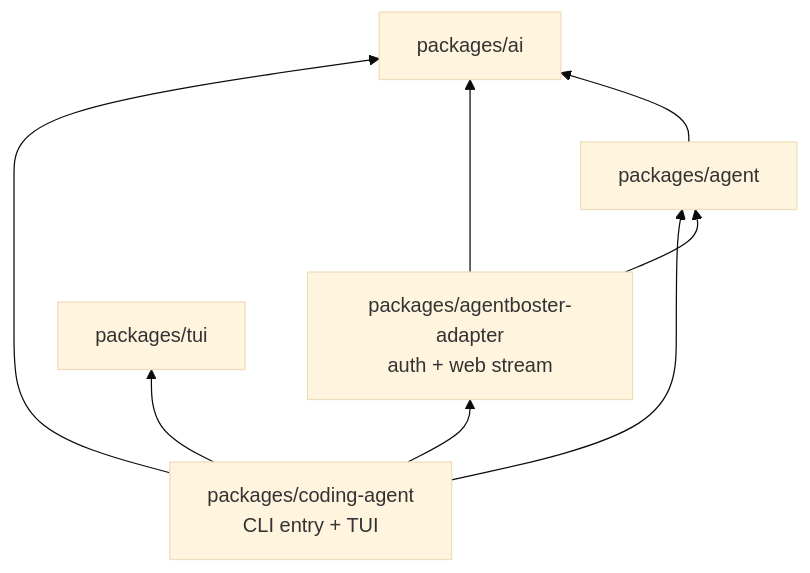
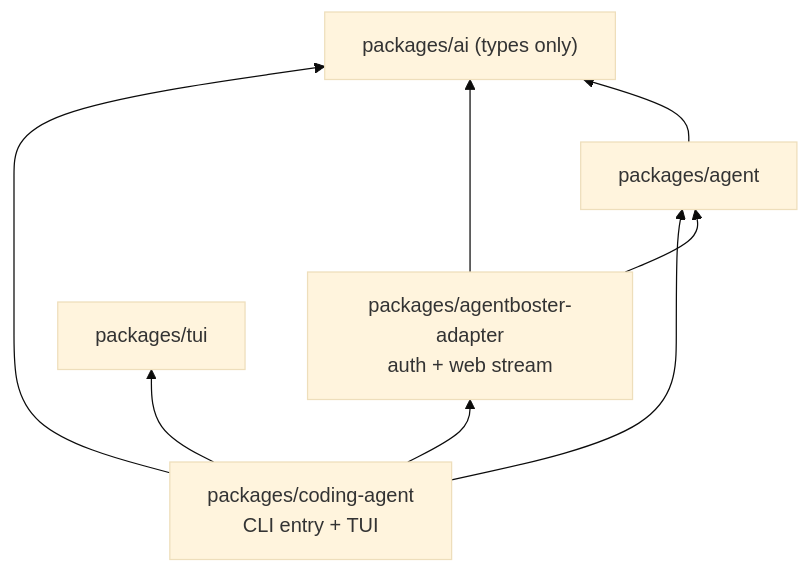
The second of 3 diagrams in cli/README.md (NekoSekaiMoe/agentboster), drawn with Mermaid (base theme) before and after one commit. The commit also changed other lines of this file and 4 other files, not shown here.

````diff
--- a/cli/README.md
+++ b/cli/README.md
@@ -45,15 +40,15 @@
 ```mermaid
 flowchart BT
   CA["packages/coding-agent\nCLI entry + TUI"]
   AD["packages/agentboster-adapter\nauth + web stream"]
   AG["packages/agent"]
-  AI["packages/ai"]
+  AI["packages/ai (types only)"]
   TUI["packages/tui"]
   CA --> AD
   CA --> AG
   CA --> AI
   CA --> TUI
   AD --> AG
   AD --> AI
   AG --> AI
 ```
````
